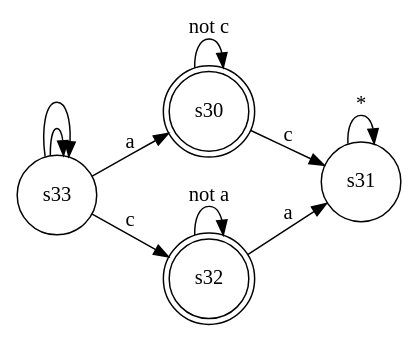
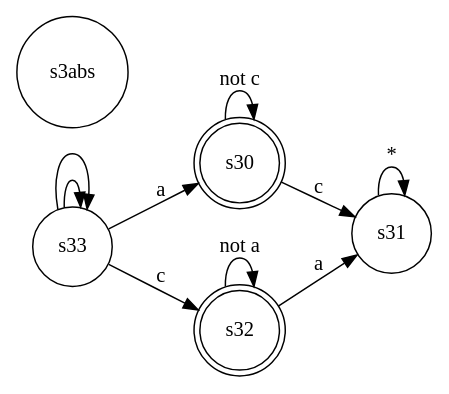
One commit to Aleee01/DeclareToPDDL changed the diagram in Grounding/A3.dot. Above: the diagram before and after it, drawn with Graphviz. The commit also changed 4 other files, not shown here.

```diff
--- a/Grounding/A3.dot
+++ b/Grounding/A3.dot
@@ -1,22 +1,23 @@
 digraph ExclusiveChoice {
     rankdir=LR;
     
     // Stati
     s31 [shape = circle];
     s33 [shape = circle, initial = true];
+    s3abs[shape = circle, abstract = true];
     
     // Stato finale
     s30  [shape = doublecircle];
     s32 [shape = doublecircle];
     
     // Transizioni
     s30 -> s30 [label="not c"];
     s32 -> s32 [label="not a"];
     s33 -> s33 [labe="not a"];
     s33 -> s33 [labe="not c"];
     s30 -> s31 [label="c"];
     s32 -> s31 [label="a"];
     s33 -> s32 [label="c"];
     s33 -> s30 [label="a"];
     s31 -> s31 [label="*"];
 }
```
